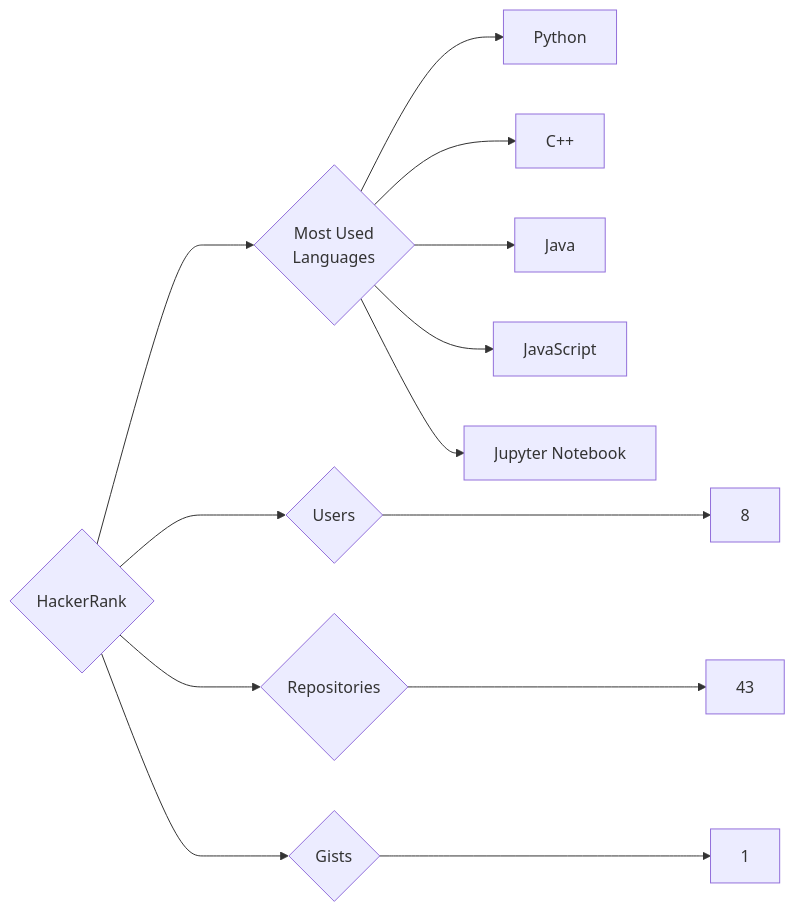
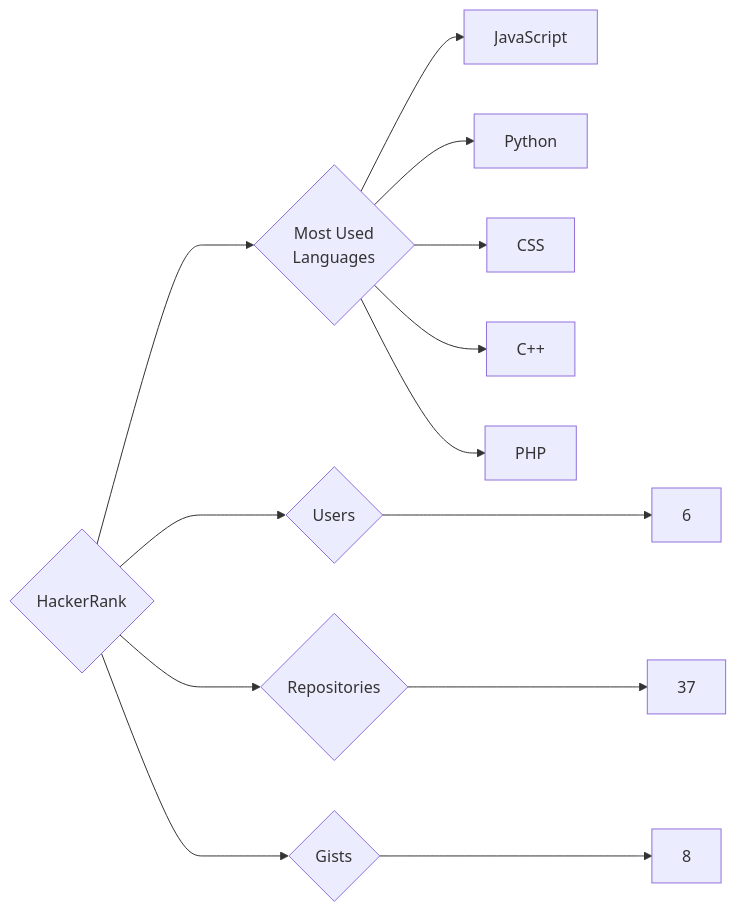
Before and after one commit to trickest/insiders: the diagram in targets/HackerRank/README.md, drawn with Mermaid. The commit also changed 920 other files, not shown here.

````diff
--- a/targets/HackerRank/README.md
+++ b/targets/HackerRank/README.md
@@ -3,13 +3,13 @@
 ```mermaid
 graph LR
 COMPANY_NAME{HackerRank}
-COMPANY_NAME ---> U{Users} ---> UN[8]
-COMPANY_NAME ---> R{Repositories} ---> RN[43]
-COMPANY_NAME ---> G{Gists} ---> GN[1]
+COMPANY_NAME ---> U{Users} ---> UN[6]
+COMPANY_NAME ---> R{Repositories} ---> RN[37]
+COMPANY_NAME ---> G{Gists} ---> GN[8]
 COMPANY_NAME ---> ML{Most Used<br>Languages}
+ML --> JavaScript[JavaScript]
 ML --> Python[Python]
+ML --> CSS[CSS]
 ML --> C++[C++]
-ML --> Java[Java]
-ML --> JavaScript[JavaScript]
-ML --> Jupyter_Notebook[Jupyter Notebook]
+ML --> PHP[PHP]
 ```
````
